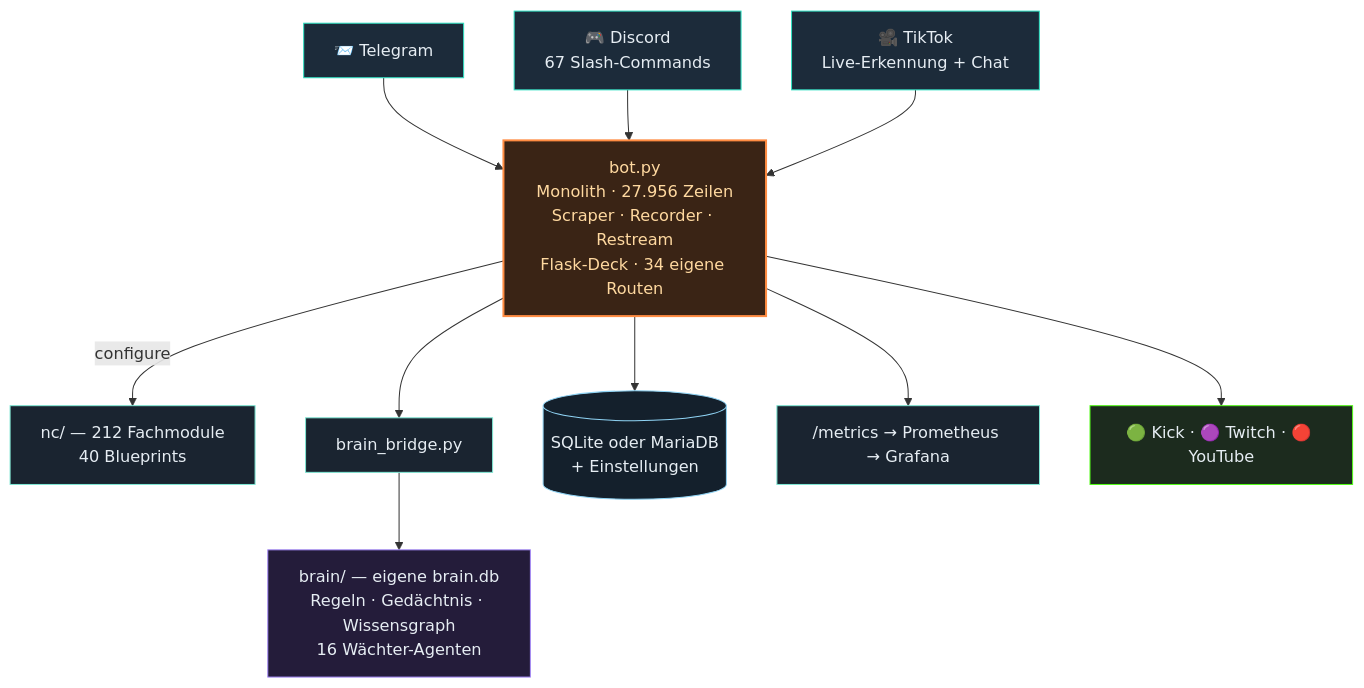
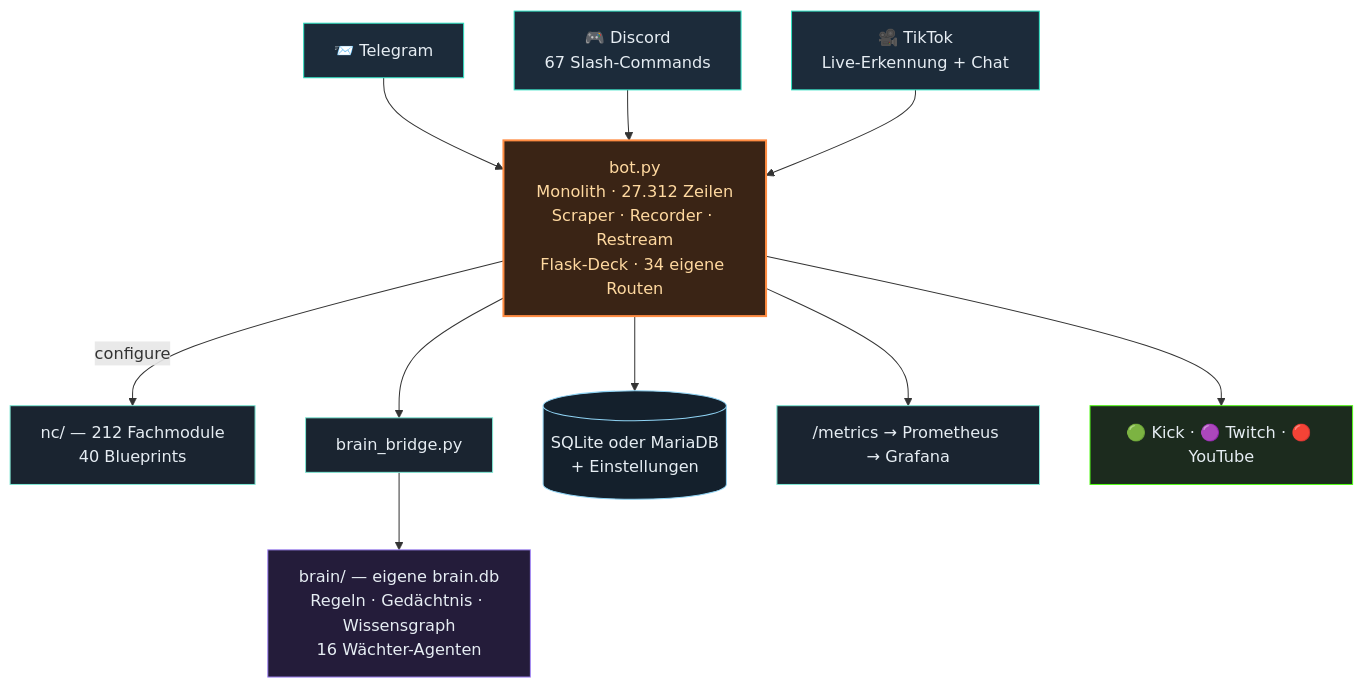
The second of 3 diagrams in README.md (itsamemedev/Telegram-Stream-Info-Bot), drawn with Mermaid before and after one commit. The commit also changed other lines of this file and 35 other files, not shown here.

````diff
--- a/README.md
+++ b/README.md
@@ -118,19 +118,19 @@
 ```mermaid
 flowchart TB
     TG["📨 Telegram"]:::ein --> BOT
     DC["🎮 Discord<br/>67 Slash-Commands"]:::ein --> BOT
     TT["🎥 TikTok<br/>Live-Erkennung + Chat"]:::ein --> BOT
-    BOT["bot.py<br/>Monolith · 27.956 Zeilen<br/>Scraper · Recorder · Restream<br/>Flask-Deck · 34 eigene Routen"]:::core
+    BOT["bot.py<br/>Monolith · 27.312 Zeilen<br/>Scraper · Recorder · Restream<br/>Flask-Deck · 34 eigene Routen"]:::core
     BOT -->|configure| NC["nc/ — 212 Fachmodule<br/>40 Blueprints"]:::lib
     BOT --> BR["brain_bridge.py"]:::lib
     BR --> BRAIN["brain/ — eigene brain.db<br/>Regeln · Gedächtnis · Wissensgraph<br/>16 Wächter-Agenten"]:::brain
     BOT --> DB[("SQLite oder MariaDB<br/>+ Einstellungen")]:::db
     BOT --> PROM["/metrics → Prometheus → Grafana"]:::lib
     BOT --> OUT["🟢 Kick · 🟣 Twitch · 🔴 YouTube"]:::out
     classDef ein fill:#1c2b3a,stroke:#2de1c2,color:#e6edf3
     classDef core fill:#3a2415,stroke:#ff8c42,stroke-width:2px,color:#ffd9a0
     classDef lib fill:#1a2430,stroke:#7fe7d4,color:#e6edf3
     classDef brain fill:#241c3a,stroke:#a78bfa,color:#e6edf3
     classDef db fill:#14202c,stroke:#8fd3f4,color:#e6edf3
     classDef out fill:#1c2b1e,stroke:#53fc18,color:#e6edf3
 ```
````
